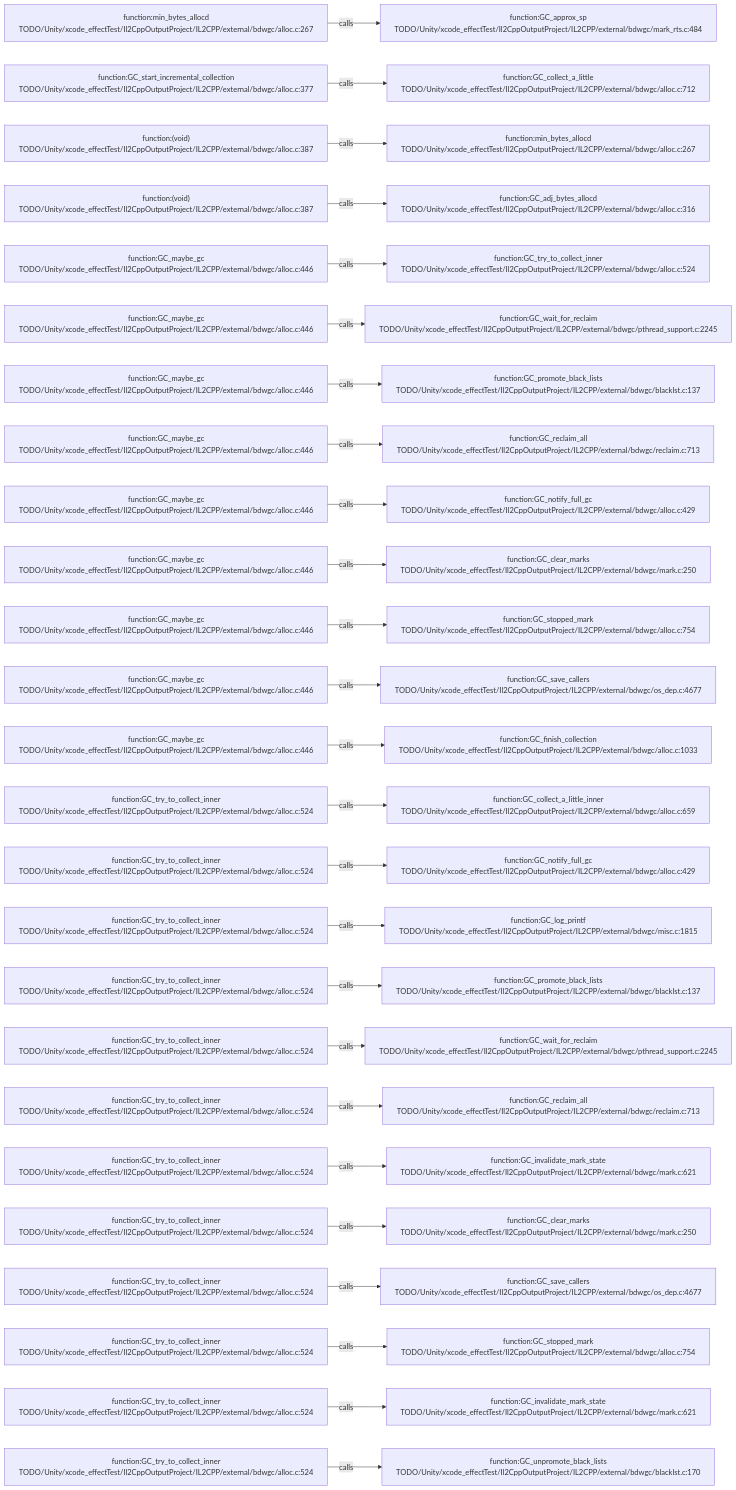
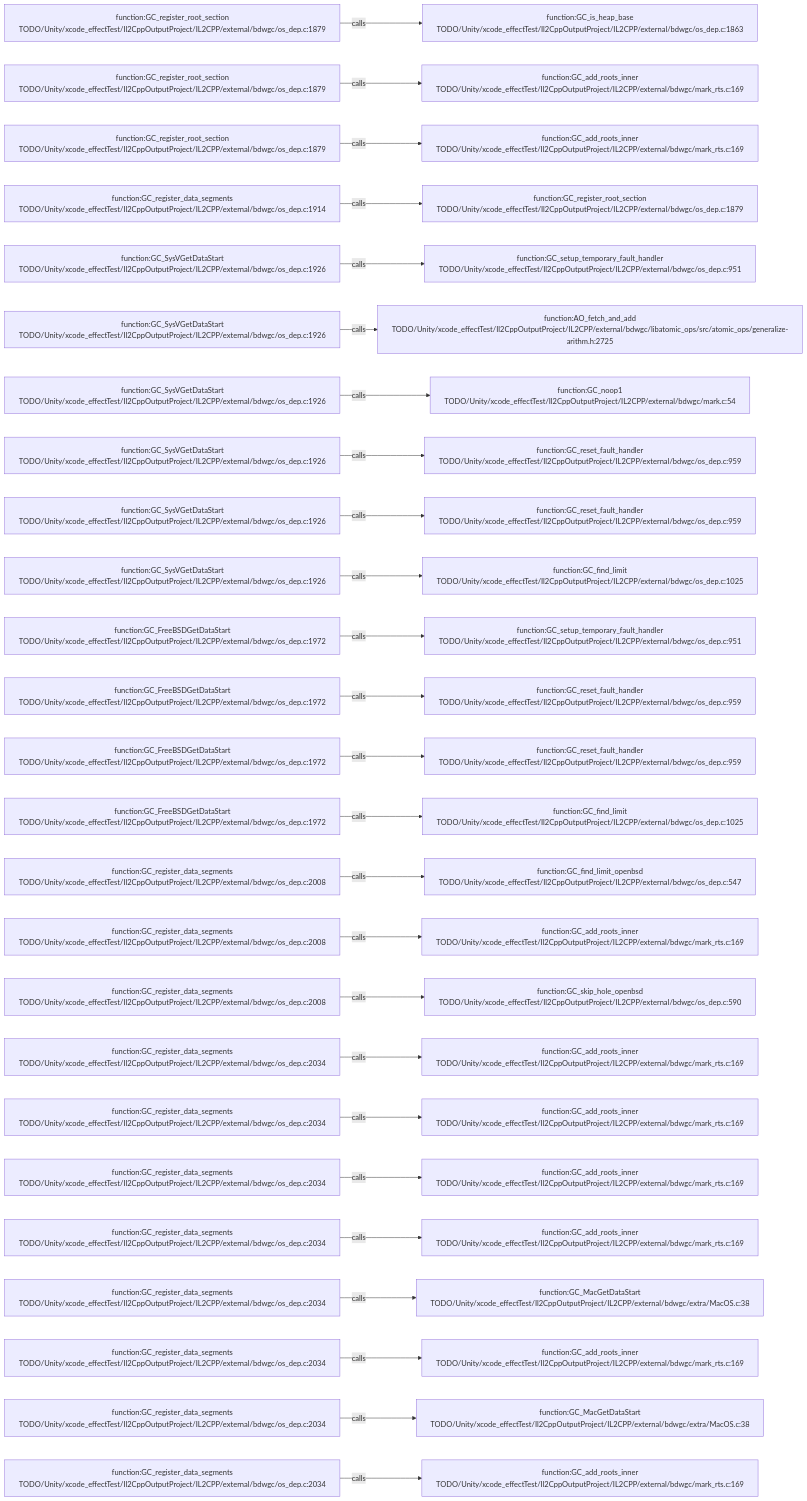
The diagram in .codegraph/codegraph.md/graphs/calls-144.md (JobsKits/JobsSwiftBaseConfigDemo), drawn with Mermaid before and after one commit. The commit also changed 227 other files, not shown here.

````diff
--- a/.codegraph/codegraph.md/graphs/calls-144.md
+++ b/.codegraph/codegraph.md/graphs/calls-144.md
@@ -13,78 +13,78 @@
 ```mermaid
 flowchart LR
-  S1["function:min_bytes_allocd<br/>TODO/Unity/xcode_effectTest/Il2CppOutputProject/IL2CPP/external/bdwgc/alloc.c:267"]
-  T1["function:GC_approx_sp<br/>TODO/Unity/xcode_effectTest/Il2CppOutputProject/IL2CPP/external/bdwgc/mark_rts.c:484"]
+  S1["function:GC_register_root_section<br/>TODO/Unity/xcode_effectTest/Il2CppOutputProject/IL2CPP/external/bdwgc/os_dep.c:1879"]
+  T1["function:GC_is_heap_base<br/>TODO/Unity/xcode_effectTest/Il2CppOutputProject/IL2CPP/external/bdwgc/os_dep.c:1863"]
   S1 -->|calls| T1
-  S2["function:GC_start_incremental_collection<br/>TODO/Unity/xcode_effectTest/Il2CppOutputProject/IL2CPP/external/bdwgc/alloc.c:377"]
-  T2["function:GC_collect_a_little<br/>TODO/Unity/xcode_effectTest/Il2CppOutputProject/IL2CPP/external/bdwgc/alloc.c:712"]
+  S2["function:GC_register_root_section<br/>TODO/Unity/xcode_effectTest/Il2CppOutputProject/IL2CPP/external/bdwgc/os_dep.c:1879"]
+  T2["function:GC_add_roots_inner<br/>TODO/Unity/xcode_effectTest/Il2CppOutputProject/IL2CPP/external/bdwgc/mark_rts.c:169"]
   S2 -->|calls| T2
-  S3["function:(void)<br/>TODO/Unity/xcode_effectTest/Il2CppOutputProject/IL2CPP/external/bdwgc/alloc.c:387"]
-  T3["function:min_bytes_allocd<br/>TODO/Unity/xcode_effectTest/Il2CppOutputProject/IL2CPP/external/bdwgc/alloc.c:267"]
+  S3["function:GC_register_root_section<br/>TODO/Unity/xcode_effectTest/Il2CppOutputProject/IL2CPP/external/bdwgc/os_dep.c:1879"]
+  T3["function:GC_add_roots_inner<br/>TODO/Unity/xcode_effectTest/Il2CppOutputProject/IL2CPP/external/bdwgc/mark_rts.c:169"]
   S3 -->|calls| T3
-  S4["function:(void)<br/>TODO/Unity/xcode_effectTest/Il2CppOutputProject/IL2CPP/external/bdwgc/alloc.c:387"]
-  T4["function:GC_adj_bytes_allocd<br/>TODO/Unity/xcode_effectTest/Il2CppOutputProject/IL2CPP/external/bdwgc/alloc.c:316"]
+  S4["function:GC_register_data_segments<br/>TODO/Unity/xcode_effectTest/Il2CppOutputProject/IL2CPP/external/bdwgc/os_dep.c:1914"]
+  T4["function:GC_register_root_section<br/>TODO/Unity/xcode_effectTest/Il2CppOutputProject/IL2CPP/external/bdwgc/os_dep.c:1879"]
   S4 -->|calls| T4
-  S5["function:GC_maybe_gc<br/>TODO/Unity/xcode_effectTest/Il2CppOutputProject/IL2CPP/external/bdwgc/alloc.c:446"]
-  T5["function:GC_try_to_collect_inner<br/>TODO/Unity/xcode_effectTest/Il2CppOutputProject/IL2CPP/external/bdwgc/alloc.c:524"]
+  S5["function:GC_SysVGetDataStart<br/>TODO/Unity/xcode_effectTest/Il2CppOutputProject/IL2CPP/external/bdwgc/os_dep.c:1926"]
+  T5["function:GC_setup_temporary_fault_handler<br/>TODO/Unity/xcode_effectTest/Il2CppOutputProject/IL2CPP/external/bdwgc/os_dep.c:951"]
   S5 -->|calls| T5
-  S6["function:GC_maybe_gc<br/>TODO/Unity/xcode_effectTest/Il2CppOutputProject/IL2CPP/external/bdwgc/alloc.c:446"]
-  T6["function:GC_wait_for_reclaim<br/>TODO/Unity/xcode_effectTest/Il2CppOutputProject/IL2CPP/external/bdwgc/pthread_support.c:2245"]
+  S6["function:GC_SysVGetDataStart<br/>TODO/Unity/xcode_effectTest/Il2CppOutputProject/IL2CPP/external/bdwgc/os_dep.c:1926"]
+  T6["function:AO_fetch_and_add<br/>TODO/Unity/xcode_effectTest/Il2CppOutputProject/IL2CPP/external/bdwgc/libatomic_ops/src/atomic_ops/generalize-arithm.h:2725"]
   S6 -->|calls| T6
-  S7["function:GC_maybe_gc<br/>TODO/Unity/xcode_effectTest/Il2CppOutputProject/IL2CPP/external/bdwgc/alloc.c:446"]
-  T7["function:GC_promote_black_lists<br/>TODO/Unity/xcode_effectTest/Il2CppOutputProject/IL2CPP/external/bdwgc/blacklst.c:137"]
+  S7["function:GC_SysVGetDataStart<br/>TODO/Unity/xcode_effectTest/Il2CppOutputProject/IL2CPP/external/bdwgc/os_dep.c:1926"]
+  T7["function:GC_noop1<br/>TODO/Unity/xcode_effectTest/Il2CppOutputProject/IL2CPP/external/bdwgc/mark.c:54"]
   S7 -->|calls| T7
-  S8["function:GC_maybe_gc<br/>TODO/Unity/xcode_effectTest/Il2CppOutputProject/IL2CPP/external/bdwgc/alloc.c:446"]
-  T8["function:GC_reclaim_all<br/>TODO/Unity/xcode_effectTest/Il2CppOutputProject/IL2CPP/external/bdwgc/reclaim.c:713"]
+  S8["function:GC_SysVGetDataStart<br/>TODO/Unity/xcode_effectTest/Il2CppOutputProject/IL2CPP/external/bdwgc/os_dep.c:1926"]
+  T8["function:GC_reset_fault_handler<br/>TODO/Unity/xcode_effectTest/Il2CppOutputProject/IL2CPP/external/bdwgc/os_dep.c:959"]
   S8 -->|calls| T8
-  S9["function:GC_maybe_gc<br/>TODO/Unity/xcode_effectTest/Il2CppOutputProject/IL2CPP/external/bdwgc/alloc.c:446"]
-  T9["function:GC_notify_full_gc<br/>TODO/Unity/xcode_effectTest/Il2CppOutputProject/IL2CPP/external/bdwgc/alloc.c:429"]
+  S9["function:GC_SysVGetDataStart<br/>TODO/Unity/xcode_effectTest/Il2CppOutputProject/IL2CPP/external/bdwgc/os_dep.c:1926"]
+  T9["function:GC_reset_fault_handler<br/>TODO/Unity/xcode_effectTest/Il2CppOutputProject/IL2CPP/external/bdwgc/os_dep.c:959"]
   S9 -->|calls| T9
-  S10["function:GC_maybe_gc<br/>TODO/Unity/xcode_effectTest/Il2CppOutputProject/IL2CPP/external/bdwgc/alloc.c:446"]
-  T10["function:GC_clear_marks<br/>TODO/Unity/xcode_effectTest/Il2CppOutputProject/IL2CPP/external/bdwgc/mark.c:250"]
+  S10["function:GC_SysVGetDataStart<br/>TODO/Unity/xcode_effectTest/Il2CppOutputProject/IL2CPP/external/bdwgc/os_dep.c:1926"]
+  T10["function:GC_find_limit<br/>TODO/Unity/xcode_effectTest/Il2CppOutputProject/IL2CPP/external/bdwgc/os_dep.c:1025"]
   S10 -->|calls| T10
-  S11["function:GC_maybe_gc<br/>TODO/Unity/xcode_effectTest/Il2CppOutputProject/IL2CPP/external/bdwgc/alloc.c:446"]
-  T11["function:GC_stopped_mark<br/>TODO/Unity/xcode_effectTest/Il2CppOutputProject/IL2CPP/external/bdwgc/alloc.c:754"]
+  S11["function:GC_FreeBSDGetDataStart<br/>TODO/Unity/xcode_effectTest/Il2CppOutputProject/IL2CPP/external/bdwgc/os_dep.c:1972"]
+  T11["function:GC_setup_temporary_fault_handler<br/>TODO/Unity/xcode_effectTest/Il2CppOutputProject/IL2CPP/external/bdwgc/os_dep.c:951"]
   S11 -->|calls| T11
-  S12["function:GC_maybe_gc<br/>TODO/Unity/xcode_effectTest/Il2CppOutputProject/IL2CPP/external/bdwgc/alloc.c:446"]
-  T12["function:GC_save_callers<br/>TODO/Unity/xcode_effectTest/Il2CppOutputProject/IL2CPP/external/bdwgc/os_dep.c:4677"]
+  S12["function:GC_FreeBSDGetDataStart<br/>TODO/Unity/xcode_effectTest/Il2CppOutputProject/IL2CPP/external/bdwgc/os_dep.c:1972"]
+  T12["function:GC_reset_fault_handler<br/>TODO/Unity/xcode_effectTest/Il2CppOutputProject/IL2CPP/external/bdwgc/os_dep.c:959"]
   S12 -->|calls| T12
-  S13["function:GC_maybe_gc<br/>TODO/Unity/xcode_effectTest/Il2CppOutputProject/IL2CPP/external/bdwgc/alloc.c:446"]
-  T13["function:GC_finish_collection<br/>TODO/Unity/xcode_effectTest/Il2CppOutputProject/IL2CPP/external/bdwgc/alloc.c:1033"]
+  S13["function:GC_FreeBSDGetDataStart<br/>TODO/Unity/xcode_effectTest/Il2CppOutputProject/IL2CPP/external/bdwgc/os_dep.c:1972"]
+  T13["function:GC_reset_fault_handler<br/>TODO/Unity/xcode_effectTest/Il2CppOutputProject/IL2CPP/external/bdwgc/os_dep.c:959"]
   S13 -->|calls| T13
-  S14["function:GC_try_to_collect_inner<br/>TODO/Unity/xcode_effectTest/Il2CppOutputProject/IL2CPP/external/bdwgc/alloc.c:524"]
-  T14["function:GC_collect_a_little_inner<br/>TODO/Unity/xcode_effectTest/Il2CppOutputProject/IL2CPP/external/bdwgc/alloc.c:659"]
+  S14["function:GC_FreeBSDGetDataStart<br/>TODO/Unity/xcode_effectTest/Il2CppOutputProject/IL2CPP/external/bdwgc/os_dep.c:1972"]
+  T14["function:GC_find_limit<br/>TODO/Unity/xcode_effectTest/Il2CppOutputProject/IL2CPP/external/bdwgc/os_dep.c:1025"]
   S14 -->|calls| T14
-  S15["function:GC_try_to_collect_inner<br/>TODO/Unity/xcode_effectTest/Il2CppOutputProject/IL2CPP/external/bdwgc/alloc.c:524"]
-  T15["function:GC_notify_full_gc<br/>TODO/Unity/xcode_effectTest/Il2CppOutputProject/IL2CPP/external/bdwgc/alloc.c:429"]
+  S15["function:GC_register_data_segments<br/>TODO/Unity/xcode_effectTest/Il2CppOutputProject/IL2CPP/external/bdwgc/os_dep.c:2008"]
+  T15["function:GC_find_limit_openbsd<br/>TODO/Unity/xcode_effectTest/Il2CppOutputProject/IL2CPP/external/bdwgc/os_dep.c:547"]
   S15 -->|calls| T15
-  S16["function:GC_try_to_collect_inner<br/>TODO/Unity/xcode_effectTest/Il2CppOutputProject/IL2CPP/external/bdwgc/alloc.c:524"]
-  T16["function:GC_log_printf<br/>TODO/Unity/xcode_effectTest/Il2CppOutputProject/IL2CPP/external/bdwgc/misc.c:1815"]
+  S16["function:GC_register_data_segments<br/>TODO/Unity/xcode_effectTest/Il2CppOutputProject/IL2CPP/external/bdwgc/os_dep.c:2008"]
+  T16["function:GC_add_roots_inner<br/>TODO/Unity/xcode_effectTest/Il2CppOutputProject/IL2CPP/external/bdwgc/mark_rts.c:169"]
   S16 -->|calls| T16
-  S17["function:GC_try_to_collect_inner<br/>TODO/Unity/xcode_effectTest/Il2CppOutputProject/IL2CPP/external/bdwgc/alloc.c:524"]
-  T17["function:GC_promote_black_lists<br/>TODO/Unity/xcode_effectTest/Il2CppOutputProject/IL2CPP/external/bdwgc/blacklst.c:137"]
+  S17["function:GC_register_data_segments<br/>TODO/Unity/xcode_effectTest/Il2CppOutputProject/IL2CPP/external/bdwgc/os_dep.c:2008"]
+  T17["function:GC_skip_hole_openbsd<br/>TODO/Unity/xcode_effectTest/Il2CppOutputProject/IL2CPP/external/bdwgc/os_dep.c:590"]
   S17 -->|calls| T17
-  S18["function:GC_try_to_collect_inner<br/>TODO/Unity/xcode_effectTest/Il2CppOutputProject/IL2CPP/external/bdwgc/alloc.c:524"]
-  T18["function:GC_wait_for_reclaim<br/>TODO/Unity/xcode_effectTest/Il2CppOutputProject/IL2CPP/external/bdwgc/pthread_support.c:2245"]
+  S18["function:GC_register_data_segments<br/>TODO/Unity/xcode_effectTest/Il2CppOutputProject/IL2CPP/external/bdwgc/os_dep.c:2034"]
+  T18["function:GC_add_roots_inner<br/>TODO/Unity/xcode_effectTest/Il2CppOutputProject/IL2CPP/external/bdwgc/mark_rts.c:169"]
   S18 -->|calls| T18
-  S19["function:GC_try_to_collect_inner<br/>TODO/Unity/xcode_effectTest/Il2CppOutputProject/IL2CPP/external/bdwgc/alloc.c:524"]
-  T19["function:GC_reclaim_all<br/>TODO/Unity/xcode_effectTest/Il2CppOutputProject/IL2CPP/external/bdwgc/reclaim.c:713"]
+  S19["function:GC_register_data_segments<br/>TODO/Unity/xcode_effectTest/Il2CppOutputProject/IL2CPP/external/bdwgc/os_dep.c:2034"]
+  T19["function:GC_add_roots_inner<br/>TODO/Unity/xcode_effectTest/Il2CppOutputProject/IL2CPP/external/bdwgc/mark_rts.c:169"]
   S19 -->|calls| T19
-  S20["function:GC_try_to_collect_inner<br/>TODO/Unity/xcode_effectTest/Il2CppOutputProject/IL2CPP/external/bdwgc/alloc.c:524"]
-  T20["function:GC_invalidate_mark_state<br/>TODO/Unity/xcode_effectTest/Il2CppOutputProject/IL2CPP/external/bdwgc/mark.c:621"]
+  S20["function:GC_register_data_segments<br/>TODO/Unity/xcode_effectTest/Il2CppOutputProject/IL2CPP/external/bdwgc/os_dep.c:2034"]
+  T20["function:GC_add_roots_inner<br/>TODO/Unity/xcode_effectTest/Il2CppOutputProject/IL2CPP/external/bdwgc/mark_rts.c:169"]
   S20 -->|calls| T20
-  S21["function:GC_try_to_collect_inner<br/>TODO/Unity/xcode_effectTest/Il2CppOutputProject/IL2CPP/external/bdwgc/alloc.c:524"]
-  T21["function:GC_clear_marks<br/>TODO/Unity/xcode_effectTest/Il2CppOutputProject/IL2CPP/external/bdwgc/mark.c:250"]
+  S21["function:GC_register_data_segments<br/>TODO/Unity/xcode_effectTest/Il2CppOutputProject/IL2CPP/external/bdwgc/os_dep.c:2034"]
+  T21["function:GC_add_roots_inner<br/>TODO/Unity/xcode_effectTest/Il2CppOutputProject/IL2CPP/external/bdwgc/mark_rts.c:169"]
   S21 -->|calls| T21
-  S22["function:GC_try_to_collect_inner<br/>TODO/Unity/xcode_effectTest/Il2CppOutputProject/IL2CPP/external/bdwgc/alloc.c:524"]
-  T22["function:GC_save_callers<br/>TODO/Unity/xcode_effectTest/Il2CppOutputProject/IL2CPP/external/bdwgc/os_dep.c:4677"]
+  S22["function:GC_register_data_segments<br/>TODO/Unity/xcode_effectTest/Il2CppOutputProject/IL2CPP/external/bdwgc/os_dep.c:2034"]
+  T22["function:GC_MacGetDataStart<br/>TODO/Unity/xcode_effectTest/Il2CppOutputProject/IL2CPP/external/bdwgc/extra/MacOS.c:38"]
   S22 -->|calls| T22
-  S23["function:GC_try_to_collect_inner<br/>TODO/Unity/xcode_effectTest/Il2CppOutputProject/IL2CPP/external/bdwgc/alloc.c:524"]
-  T23["function:GC_stopped_mark<br/>TODO/Unity/xcode_effectTest/Il2CppOutputProject/IL2CPP/external/bdwgc/alloc.c:754"]
+  S23["function:GC_register_data_segments<br/>TODO/Unity/xcode_effectTest/Il2CppOutputProject/IL2CPP/external/bdwgc/os_dep.c:2034"]
+  T23["function:GC_add_roots_inner<br/>TODO/Unity/xcode_effectTest/Il2CppOutputProject/IL2CPP/external/bdwgc/mark_rts.c:169"]
   S23 -->|calls| T23
-  S24["function:GC_try_to_collect_inner<br/>TODO/Unity/xcode_effectTest/Il2CppOutputProject/IL2CPP/external/bdwgc/alloc.c:524"]
-  T24["function:GC_invalidate_mark_state<br/>TODO/Unity/xcode_effectTest/Il2CppOutputProject/IL2CPP/external/bdwgc/mark.c:621"]
+  S24["function:GC_register_data_segments<br/>TODO/Unity/xcode_effectTest/Il2CppOutputProject/IL2CPP/external/bdwgc/os_dep.c:2034"]
+  T24["function:GC_MacGetDataStart<br/>TODO/Unity/xcode_effectTest/Il2CppOutputProject/IL2CPP/external/bdwgc/extra/MacOS.c:38"]
   S24 -->|calls| T24
-  S25["function:GC_try_to_collect_inner<br/>TODO/Unity/xcode_effectTest/Il2CppOutputProject/IL2CPP/external/bdwgc/alloc.c:524"]
-  T25["function:GC_unpromote_black_lists<br/>TODO/Unity/xcode_effectTest/Il2CppOutputProject/IL2CPP/external/bdwgc/blacklst.c:170"]
+  S25["function:GC_register_data_segments<br/>TODO/Unity/xcode_effectTest/Il2CppOutputProject/IL2CPP/external/bdwgc/os_dep.c:2034"]
+  T25["function:GC_add_roots_inner<br/>TODO/Unity/xcode_effectTest/Il2CppOutputProject/IL2CPP/external/bdwgc/mark_rts.c:169"]
   S25 -->|calls| T25
 ```
````
